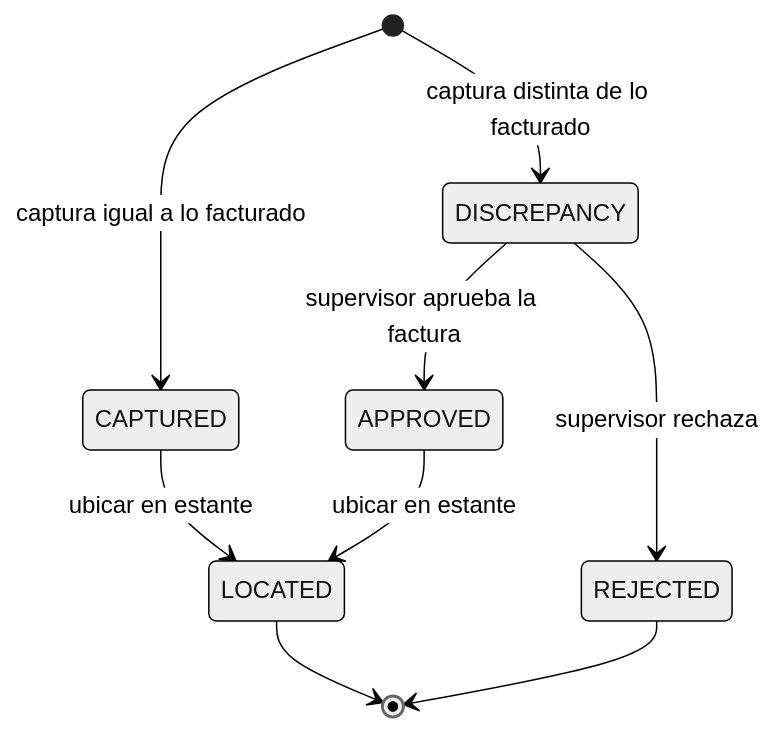
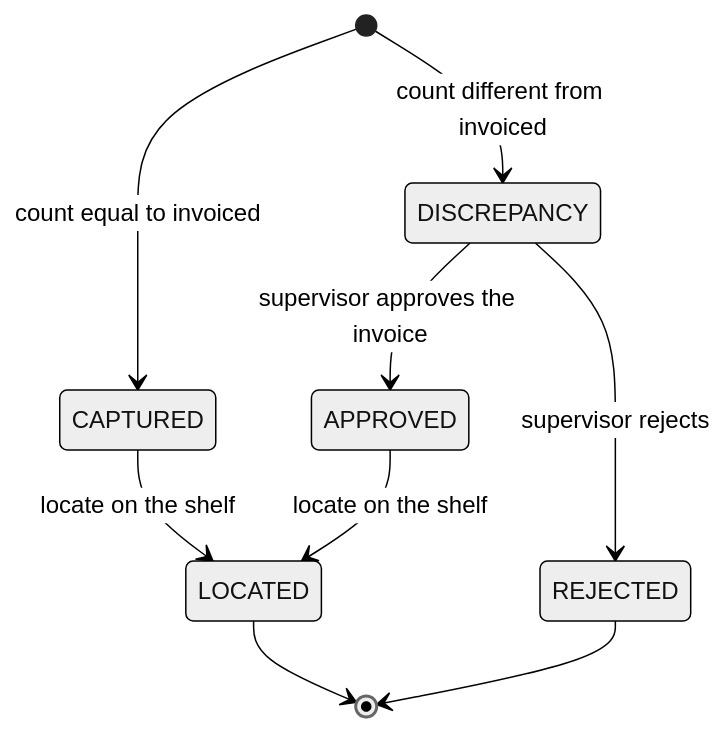
One commit to maag070208/AXZY_STOCK_FLOW changed the first of 2 diagrams in docs/flujos/recepcion.md. Above: the diagram before and after it, drawn with Mermaid (neutral theme). The commit also changed other lines of this file and 89 other files, not shown here.

````diff
--- a/docs/flujos/recepcion.md
+++ b/docs/flujos/recepcion.md
@@ -22,11 +22,11 @@
 ```mermaid
 stateDiagram-v2
-    [*] --> CAPTURED: captura igual a lo facturado
-    [*] --> DISCREPANCY: captura distinta de lo facturado
-    DISCREPANCY --> APPROVED: supervisor aprueba la factura
-    DISCREPANCY --> REJECTED: supervisor rechaza
-    CAPTURED --> LOCATED: ubicar en estante
-    APPROVED --> LOCATED: ubicar en estante
+    [*] --> CAPTURED: count equal to invoiced
+    [*] --> DISCREPANCY: count different from invoiced
+    DISCREPANCY --> APPROVED: supervisor approves the invoice
+    DISCREPANCY --> REJECTED: supervisor rejects
+    CAPTURED --> LOCATED: locate on the shelf
+    APPROVED --> LOCATED: locate on the shelf
     LOCATED --> [*]
     REJECTED --> [*]
 ```
````
